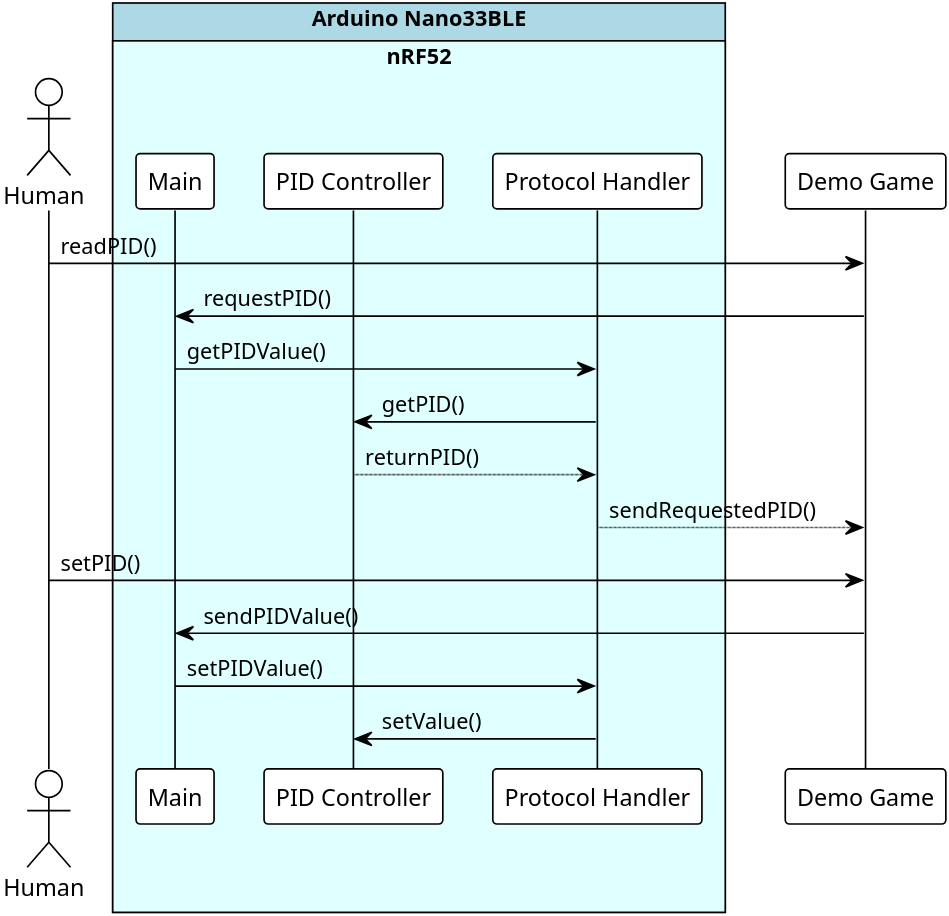
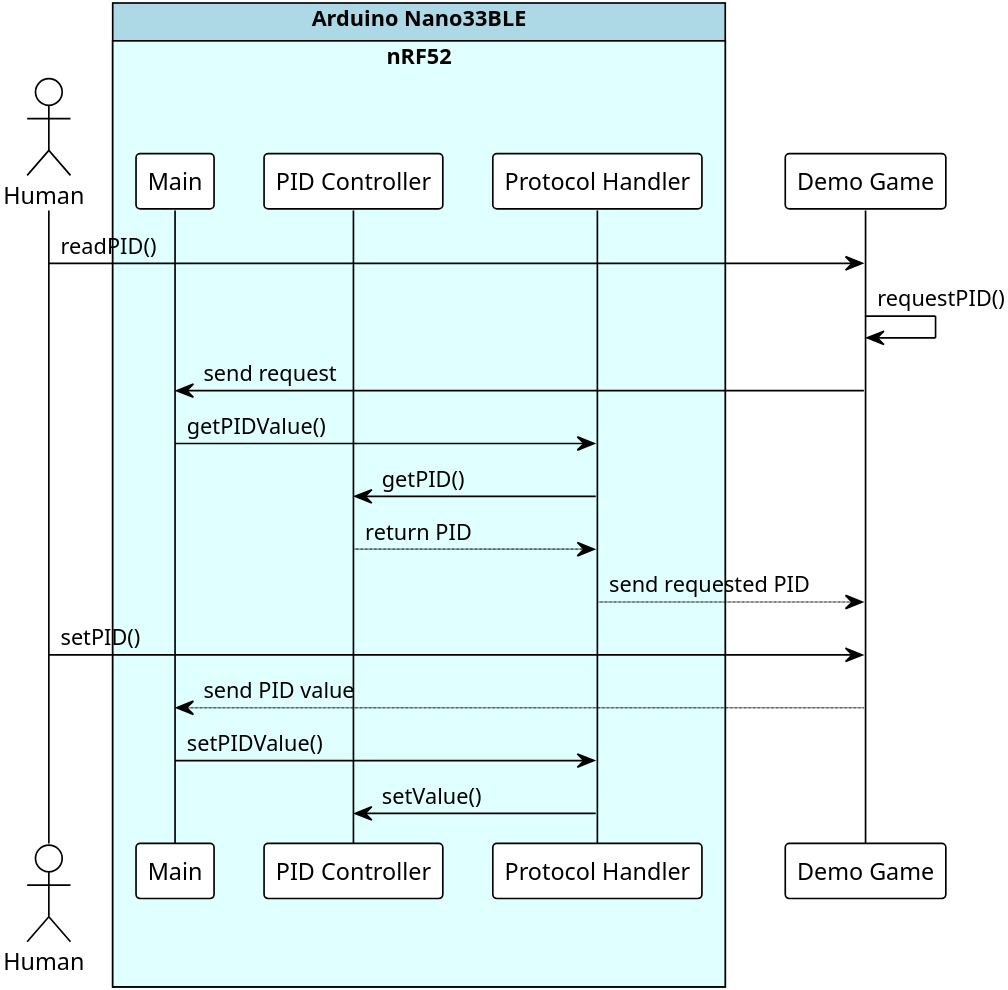
The diagram in docs/content/diagrams/sequence/adjustPID.wsd (sirtheta/Drohnensteuerung), drawn with PlantUML before and after one commit. The commit also changed 4 other files, not shown here.

Commit message:
update diagram

```diff
--- a/docs/content/diagrams/sequence/adjustPID.wsd
+++ b/docs/content/diagrams/sequence/adjustPID.wsd
@@ -1,34 +1,35 @@
 @startuml
 
 !theme plain
 skinparam dpi 500
 
 !pragma teoz true
 actor       "Human"             as client
 box         "Arduino Nano33BLE" #LightBlue
 box         "nRF52"             #LightCyan
 participant "Main"              as main
 participant "PID Controller"    as pid
 participant "Protocol Handler"  as protocol
 end box
 end box
 participant "Demo Game"         as game
 
 '===========================
 ' readPID
 '===========================
 client -> game: readPID()
-game -> main: requestPID()
+game -> game: requestPID()
+game -> main: send request
 main -> protocol: getPIDValue()
 protocol -> pid: getPID()
-pid --> protocol: returnPID()
-protocol --> game: sendRequestedPID()
+pid --> protocol: return PID
+protocol --> game: send requested PID
 
 '===========================
 ' setPID
 '===========================
 client -> game: setPID()
-game -> main: sendPIDValue()
+game --> main: send PID value
 main -> protocol: setPIDValue()
 protocol -> pid: setValue()
 @enduml
```
